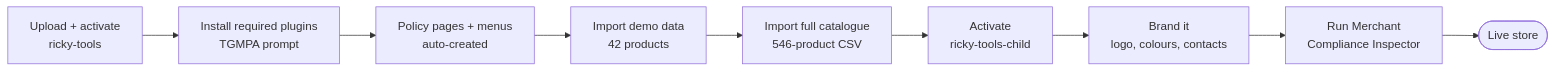
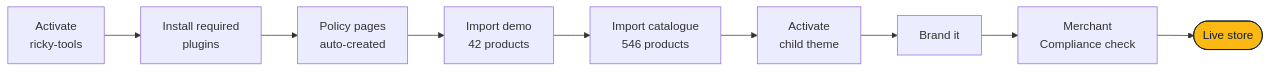
One commit to moselanto/rickytools changed the fourth of 4 diagrams in README.md. Above: the diagram before and after it, drawn with Mermaid. The commit also changed other lines of this file and 1 other file, not shown here.

````diff
--- a/README.md
+++ b/README.md
@@ -163,11 +249,14 @@
 ```mermaid
 flowchart LR
-    A[Upload + activate<br/>ricky-tools] --> B[Install required plugins<br/>TGMPA prompt]
-    B --> C[Policy pages + menus<br/>auto-created]
-    C --> D[Import demo data<br/>42 products]
-    D --> E[Import full catalogue<br/>546-product CSV]
-    E --> F[Activate<br/>ricky-tools-child]
-    F --> G[Brand it<br/>logo, colours, contacts]
-    G --> H[Run Merchant<br/>Compliance Inspector]
+    A[Activate<br/>ricky-tools] --> B[Install required<br/>plugins]
+    B --> C[Policy pages<br/>auto-created]
+    C --> D[Import demo<br/>42 products]
+    D --> E[Import catalogue<br/>546 products]
+    E --> F[Activate<br/>child theme]
+    F --> G[Brand it]
+    G --> H[Merchant<br/>Compliance check]
     H --> I([Live store])
+
+    classDef done fill:#FDB913,stroke:#0B1E3F,color:#0B1E3F
+    class I done
 ```
````
